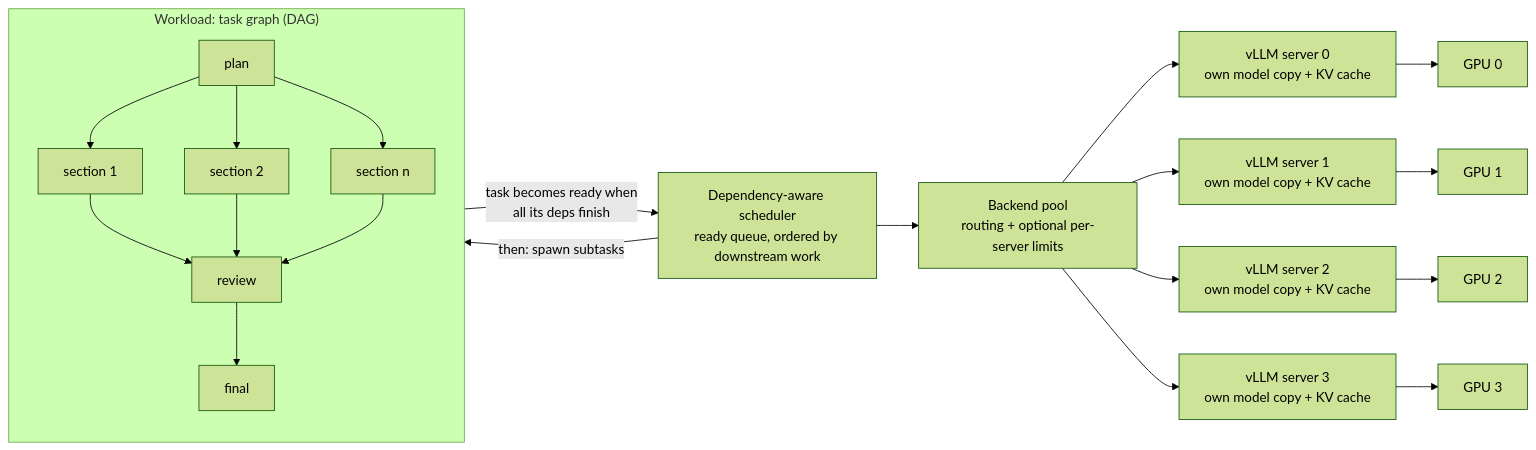
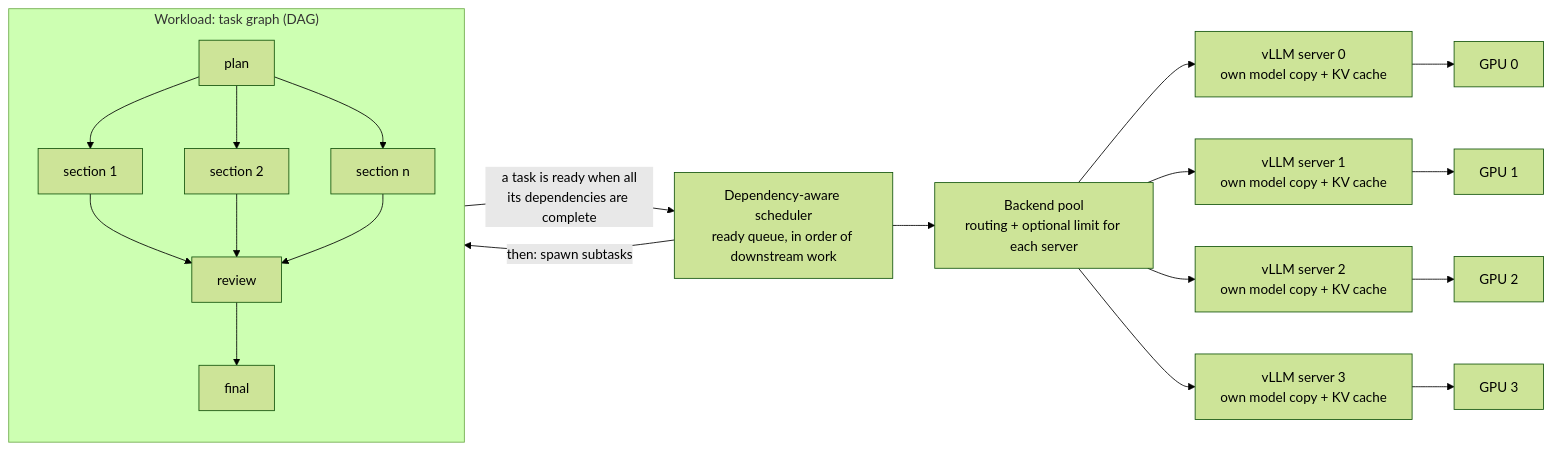
One commit to TomaDev1/GPU-Parallel-Orchestrator changed the diagram in README.md. Above: the diagram before and after it, drawn with Mermaid (forest theme). The commit also changed other lines of this file, not shown here.

````diff
--- a/README.md
+++ b/README.md
@@ -93,16 +111,16 @@
 ```mermaid
 flowchart LR
     subgraph W["Workload: task graph (DAG)"]
         direction TB
         P["plan"] --> S1["section 1"] & S2["section 2"] & S3["section n"]
         S1 & S2 & S3 --> R["review"] --> F["final"]
     end
 
-    W -- "task becomes ready when<br/>all its deps finish" --> Q["Dependency-aware scheduler<br/>ready queue, ordered by downstream work"]
+    W -- "a task is ready when all<br/>its dependencies are complete" --> Q["Dependency-aware scheduler<br/>ready queue, in order of downstream work"]
     Q -- "then: spawn subtasks" --> W
-    Q --> B["Backend pool<br/>routing + optional per-server limits"]
+    Q --> B["Backend pool<br/>routing + optional limit for each server"]
     B --> V0["vLLM server 0<br/>own model copy + KV cache"] --> G0["GPU 0"]
     B --> V1["vLLM server 1<br/>own model copy + KV cache"] --> G1["GPU 1"]
     B --> V2["vLLM server 2<br/>own model copy + KV cache"] --> G2["GPU 2"]
     B --> V3["vLLM server 3<br/>own model copy + KV cache"] --> G3["GPU 3"]
 ```
````
